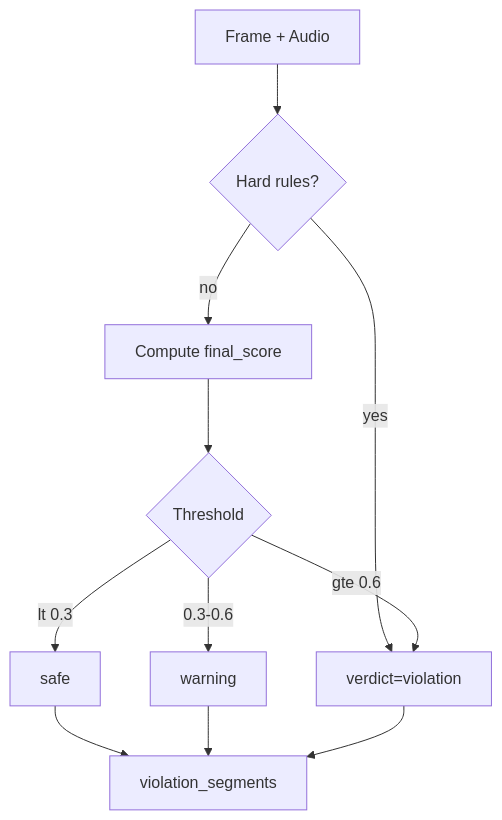
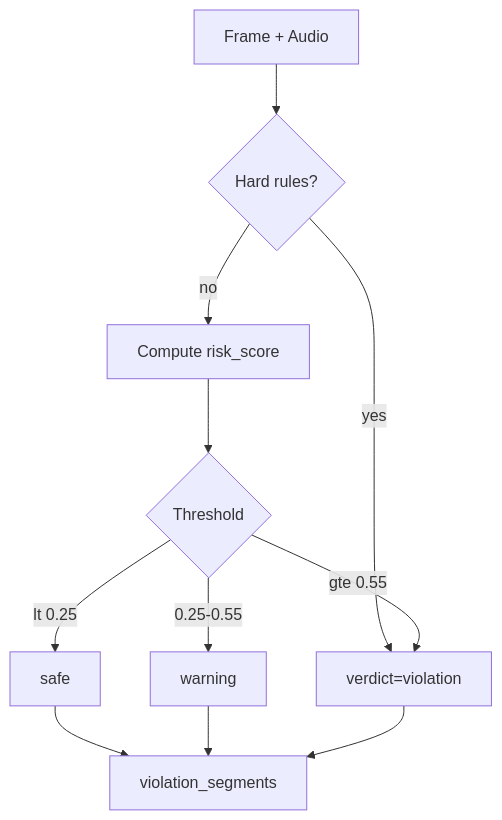
Before and after one commit to pnhatthanh/vidio-guard-fe: the fifth of 5 diagrams in docs/SYSTEM_OVERVIEW.md, drawn with Mermaid. The commit also changed other lines of this file and 15 other files, not shown here.

````diff
--- a/docs/SYSTEM_OVERVIEW.md
+++ b/docs/SYSTEM_OVERVIEW.md
@@ -882,13 +881,13 @@
 ```mermaid
 flowchart TD
   start[Frame + Audio] --> hard{Hard rules?}
   hard -->|yes| vViol[verdict=violation]
-  hard -->|no| score[Compute final_score]
+  hard -->|no| score[Compute risk_score]
   score --> t{Threshold}
-  t -->|lt 0.3| safe[safe]
-  t -->|0.3-0.6| warn[warning]
-  t -->|gte 0.6| vViol
+  t -->|lt 0.25| safe[safe]
+  t -->|0.25-0.55| warn[warning]
+  t -->|gte 0.55| vViol
   safe --> segments[violation_segments]
   warn --> segments
   vViol --> segments
 ```
````
